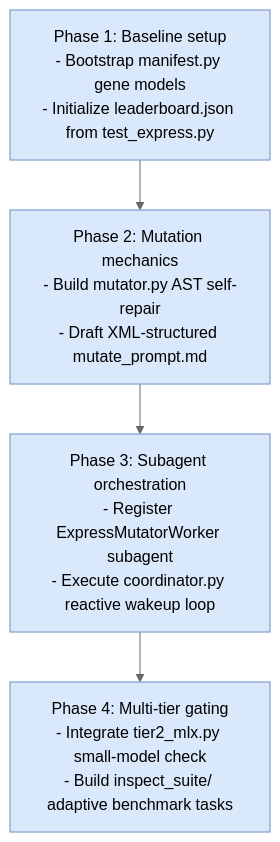
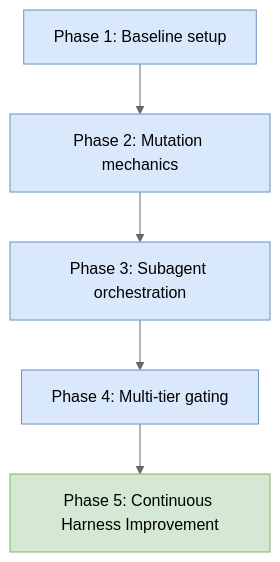
One commit to gspencergoog/A2UI changed the third of 3 diagrams in specification/v1_0/express/evolve_express.md. Above: the diagram before and after it, drawn with Mermaid (neutral theme). The commit also changed other lines of this file and 3 other files, not shown here.

First line of the commit message:
feat(express/optimizer): implement continuous harness self-improvement phase and security gating

````diff
--- a/specification/v1_0/express/evolve_express.md
+++ b/specification/v1_0/express/evolve_express.md
@@ -188,16 +188,13 @@
 ```mermaid
 graph TD
-    P1[Phase 1: Baseline setup<br/>- Bootstrap manifest.py gene models<br/>- Initialize leaderboard.json from test_express.py]
-    P2[Phase 2: Mutation mechanics<br/>- Build mutator.py AST self-repair<br/>- Draft XML-structured mutate_prompt.md]
-    P3[Phase 3: Subagent orchestration<br/>- Register ExpressMutatorWorker subagent<br/>- Execute coordinator.py reactive wakeup loop]
-    P4[Phase 4: Multi-tier gating<br/>- Integrate tier2_mlx.py small-model check<br/>- Build inspect_suite/ adaptive benchmark tasks]
-
-    P1 --> P2
-    P2 --> P3
-    P3 --> P4
+    P1["Phase 1: Baseline setup"] --> P2["Phase 2: Mutation mechanics"]
+    P2 --> P3["Phase 3: Subagent orchestration"]
+    P3 --> P4["Phase 4: Multi-tier gating"]
+    P4 --> P5["Phase 5: Continuous Harness Improvement"]
 
     style P1 fill:#dae8fc,stroke:#6c8ebf
     style P2 fill:#dae8fc,stroke:#6c8ebf
     style P3 fill:#dae8fc,stroke:#6c8ebf
     style P4 fill:#dae8fc,stroke:#6c8ebf
+    style P5 fill:#d5e8d4,stroke:#82b366
 ```
````
